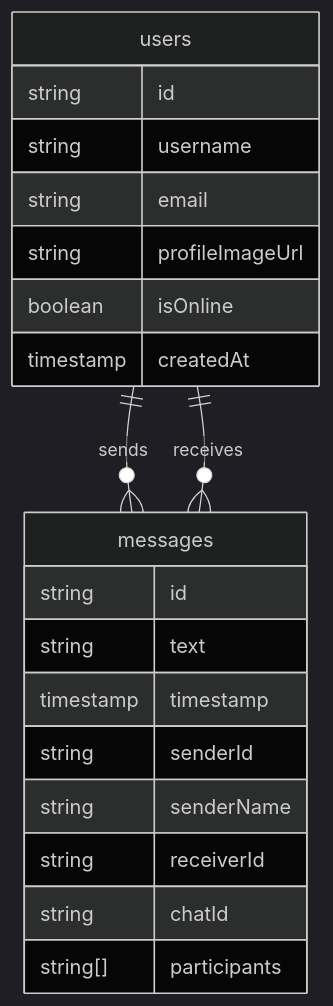
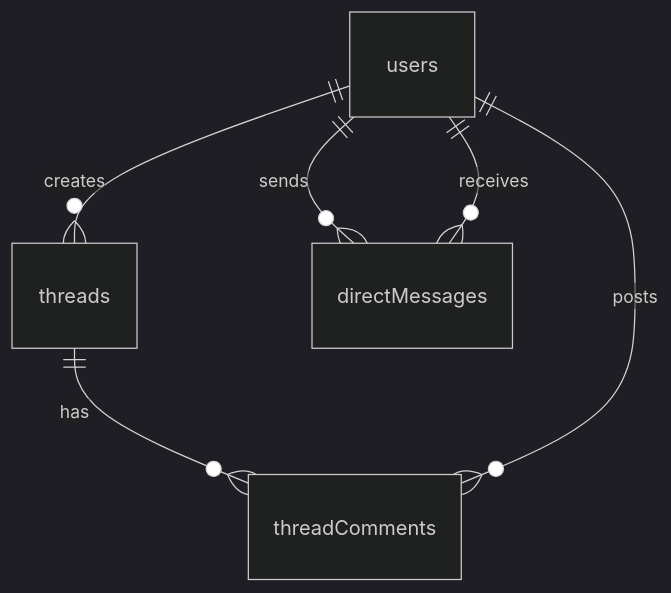
Before and after one commit to ohikouta/vue-chat: the diagram in docs/db/firestore.md, drawn with Mermaid (dark theme). The commit also changed other lines of this file, not shown here.

````diff
--- a/docs/db/firestore.md
+++ b/docs/db/firestore.md
@@ -15,26 +45,8 @@
 ```mermaid
 erDiagram
-users ||--o{ messages : sends
-users ||--o{ messages : receives
-
-users {
-    string id
-    string username
-    string email
-    string profileImageUrl
-    boolean isOnline
-    timestamp createdAt
-}
-
-messages {
-    string id
-    string text
-    timestamp timestamp
-    string senderId
-    string senderName
-    string receiverId
-    string chatId
-    string[] participants
-}
-
+users ||--o{ threads : creates
+users ||--o{ directMessages : sends
+users ||--o{ directMessages : receives
+threads ||--o{ threadComments : has
+users ||--o{ threadComments : posts
 ```
````
